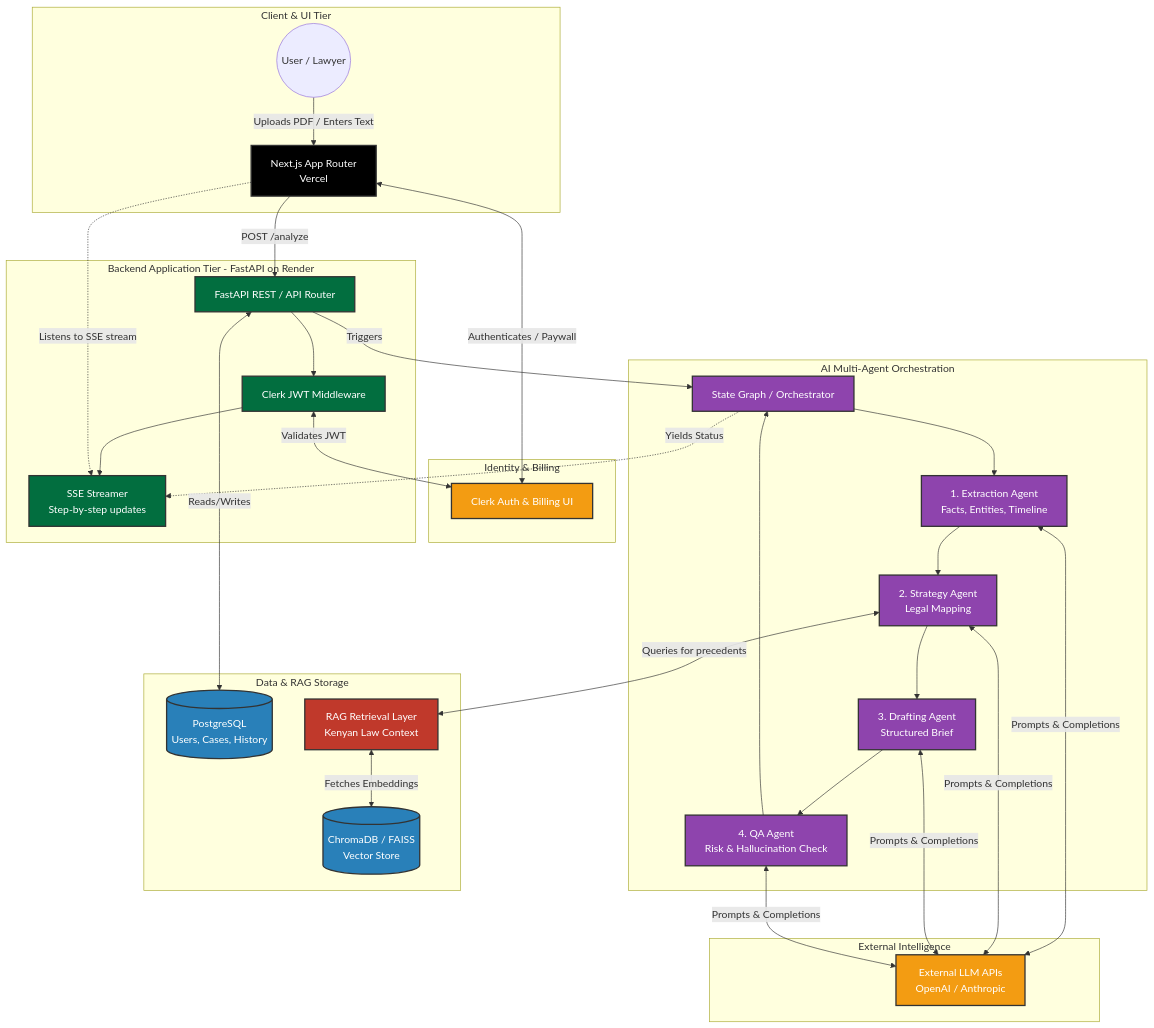
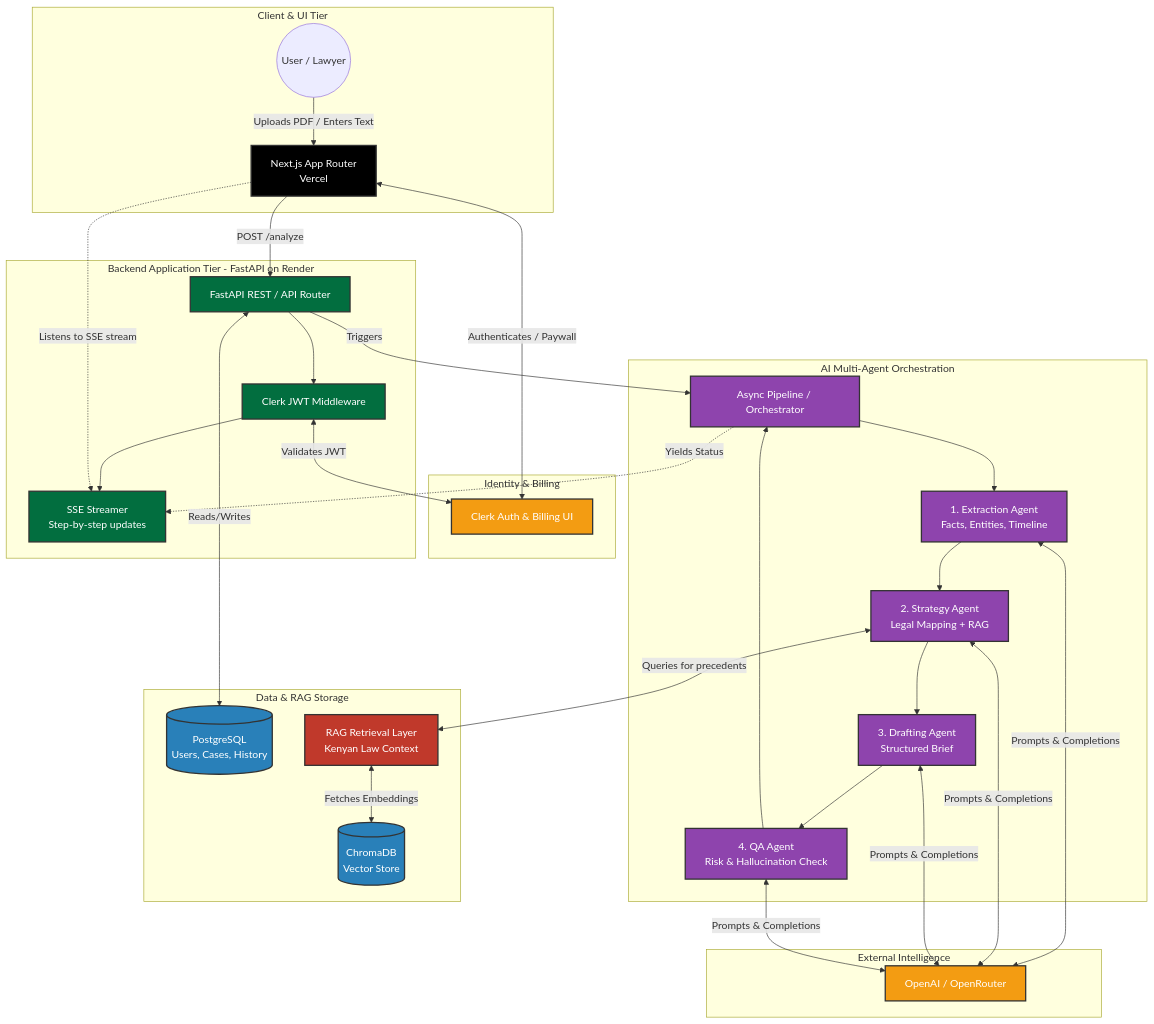
One commit to damola-sd/litigation_assistant changed the diagram in README.md. Above: the diagram before and after it, drawn with Mermaid. The commit also changed other lines of this file and 8 other files, not shown here.

````diff
--- a/README.md
+++ b/README.md
@@ -20,66 +22,66 @@
 ```mermaid
 flowchart TB
     classDef frontend fill:#000000,stroke:#333,stroke-width:2px,color:#fff
     classDef backend fill:#026e3f,stroke:#333,stroke-width:2px,color:#fff
     classDef external fill:#f39c12,stroke:#333,stroke-width:2px,color:#fff
     classDef database fill:#2980b9,stroke:#333,stroke-width:2px,color:#fff
     classDef agent fill:#8e44ad,stroke:#333,stroke-width:2px,color:#fff
     classDef rag fill:#c0392b,stroke:#333,stroke-width:2px,color:#fff
 
     subgraph Client_Tier [Client & UI Tier]
         U((User / Lawyer))
         FE[Next.js App Router<br>Vercel]:::frontend
     end
 
     subgraph External_Services[Identity & Billing]
         Clerk[Clerk Auth & Billing UI]:::external
     end
 
     subgraph Backend_Tier [Backend Application Tier - FastAPI on Render]
         API_GW[FastAPI REST / API Router]:::backend
         Auth_MW[Clerk JWT Middleware]:::backend
         SSE[SSE Streamer<br>Step-by-step updates]:::backend
 
         API_GW --> Auth_MW
         Auth_MW --> SSE
     end
 
     subgraph AI_Pipeline[AI Multi-Agent Orchestration]
-        Orchestrator[State Graph / Orchestrator]:::agent
+        Orchestrator[Async Pipeline / Orchestrator]:::agent
         A1[1. Extraction Agent<br>Facts, Entities, Timeline]:::agent
-        A2[2. Strategy Agent<br>Legal Mapping]:::agent
+        A2[2. Strategy Agent<br>Legal Mapping + RAG]:::agent
         A3[3. Drafting Agent<br>Structured Brief]:::agent
         A4[4. QA Agent<br>Risk & Hallucination Check]:::agent
 
         Orchestrator --> A1
         A1 --> A2
         A2 --> A3
         A3 --> A4
         A4 --> Orchestrator
     end
 
     subgraph Data_Tier[Data & RAG Storage]
         DB[(PostgreSQL<br>Users, Cases, History)]:::database
-        VD[(ChromaDB / FAISS<br>Vector Store)]:::database
+        VD[(ChromaDB<br>Vector Store)]:::database
         RAG_Retriever[RAG Retrieval Layer<br>Kenyan Law Context]:::rag
     end
 
     subgraph LLM_Tier [External Intelligence]
-        LLM[External LLM APIs<br>OpenAI / Anthropic]:::external
+        LLM[OpenAI / OpenRouter]:::external
     end
 
     U -->|Uploads PDF / Enters Text| FE
     FE <-->|Authenticates / Paywall| Clerk
     FE -->|POST /analyze| API_GW
     FE -.->|Listens to SSE stream| SSE
 
     API_GW <-->|Reads/Writes| DB
     Auth_MW <-->|Validates JWT| Clerk
     API_GW -->|Triggers| Orchestrator
     Orchestrator -.->|Yields Status| SSE
 
     A2 <-->|Queries for precedents| RAG_Retriever
     RAG_Retriever <-->|Fetches Embeddings| VD
 
     A1 & A2 & A3 & A4 <-->|Prompts & Completions| LLM
 ```
````
